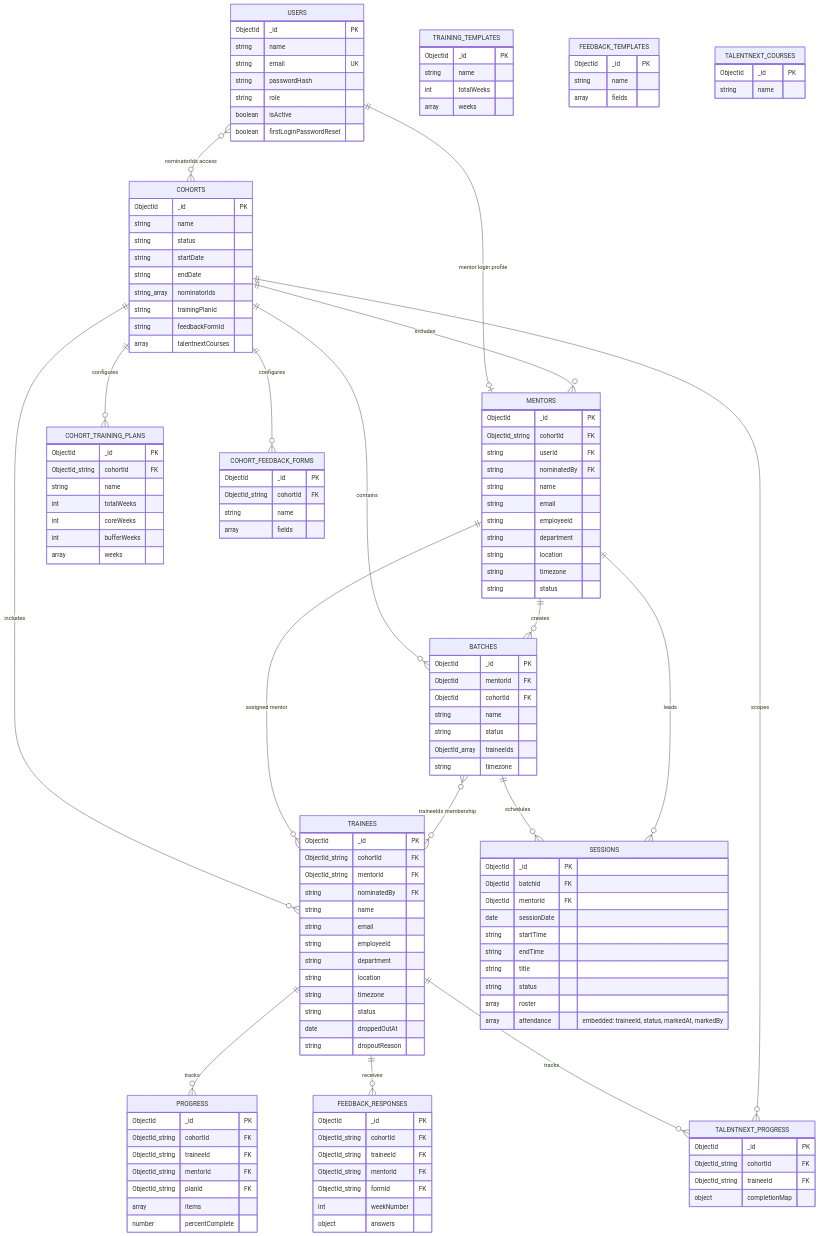
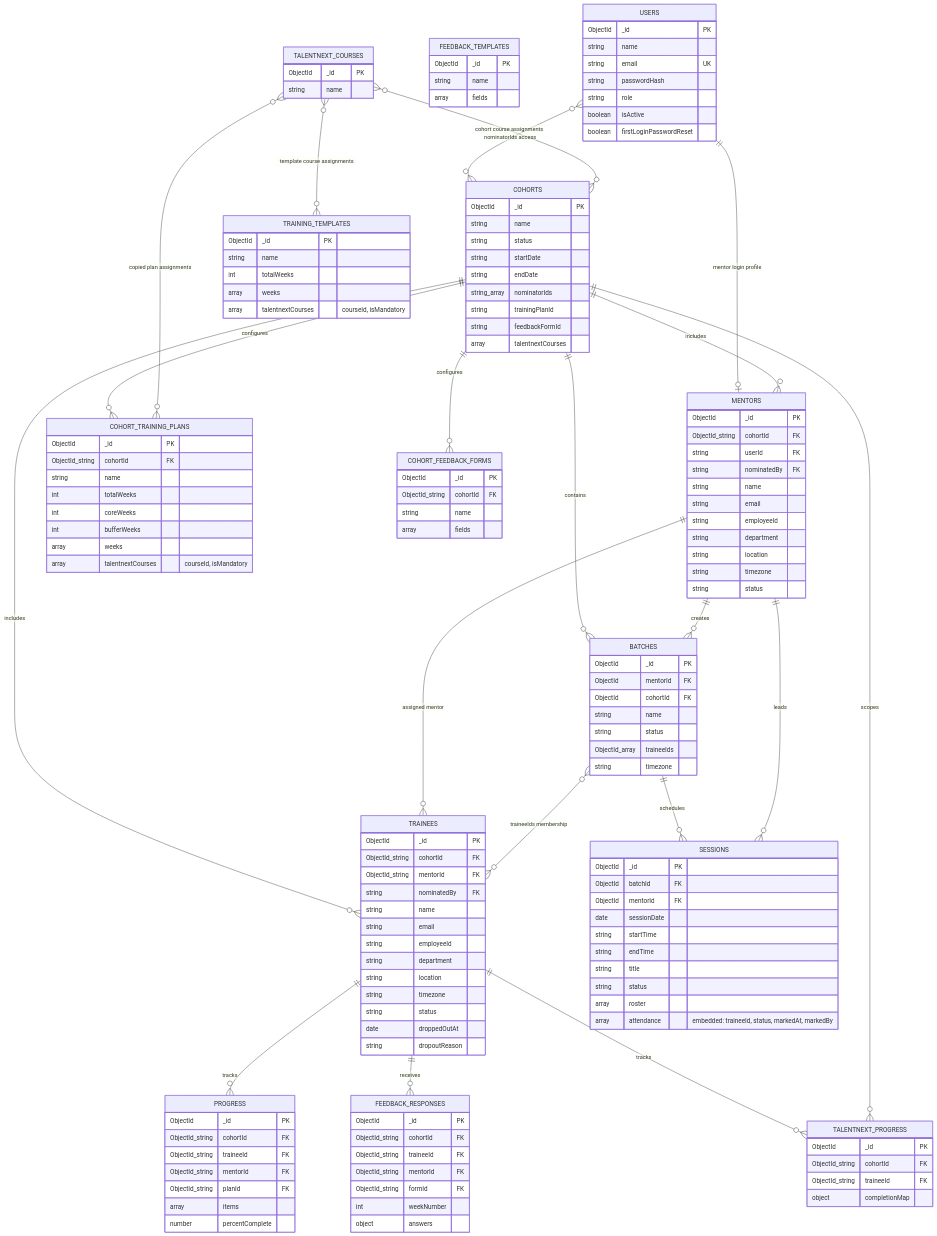
Before and after one commit to DHARSHINI-MCA/mentorship-cohort-manager: the diagram in DATABASE_SCHEMA_DIAGRAM.md, drawn with Mermaid. The commit also changed other lines of this file and 26 other files, not shown here.

Commit message:
Update cohort management workflows and schema

````diff
--- a/DATABASE_SCHEMA_DIAGRAM.md
+++ b/DATABASE_SCHEMA_DIAGRAM.md
@@ -61,6 +61,7 @@
         string name
         int totalWeeks
         array weeks
+        array talentnextCourses "courseId, isMandatory"
     }
 
     COHORT_TRAINING_PLANS {
@@ -71,6 +72,7 @@
         int coreWeeks
         int bufferWeeks
         array weeks
+        array talentnextCourses "courseId, isMandatory"
     }
 
     FEEDBACK_TEMPLATES {
@@ -157,4 +159,7 @@
     TRAINEES ||--o{ FEEDBACK_RESPONSES : receives
     TRAINEES ||--o{ TALENTNEXT_PROGRESS : tracks
     COHORTS ||--o{ TALENTNEXT_PROGRESS : scopes
+    TALENTNEXT_COURSES }o--o{ TRAINING_TEMPLATES : "template course assignments"
+    TALENTNEXT_COURSES }o--o{ COHORT_TRAINING_PLANS : "copied plan assignments"
+    TALENTNEXT_COURSES }o--o{ COHORTS : "cohort course assignments"
 ```
````
